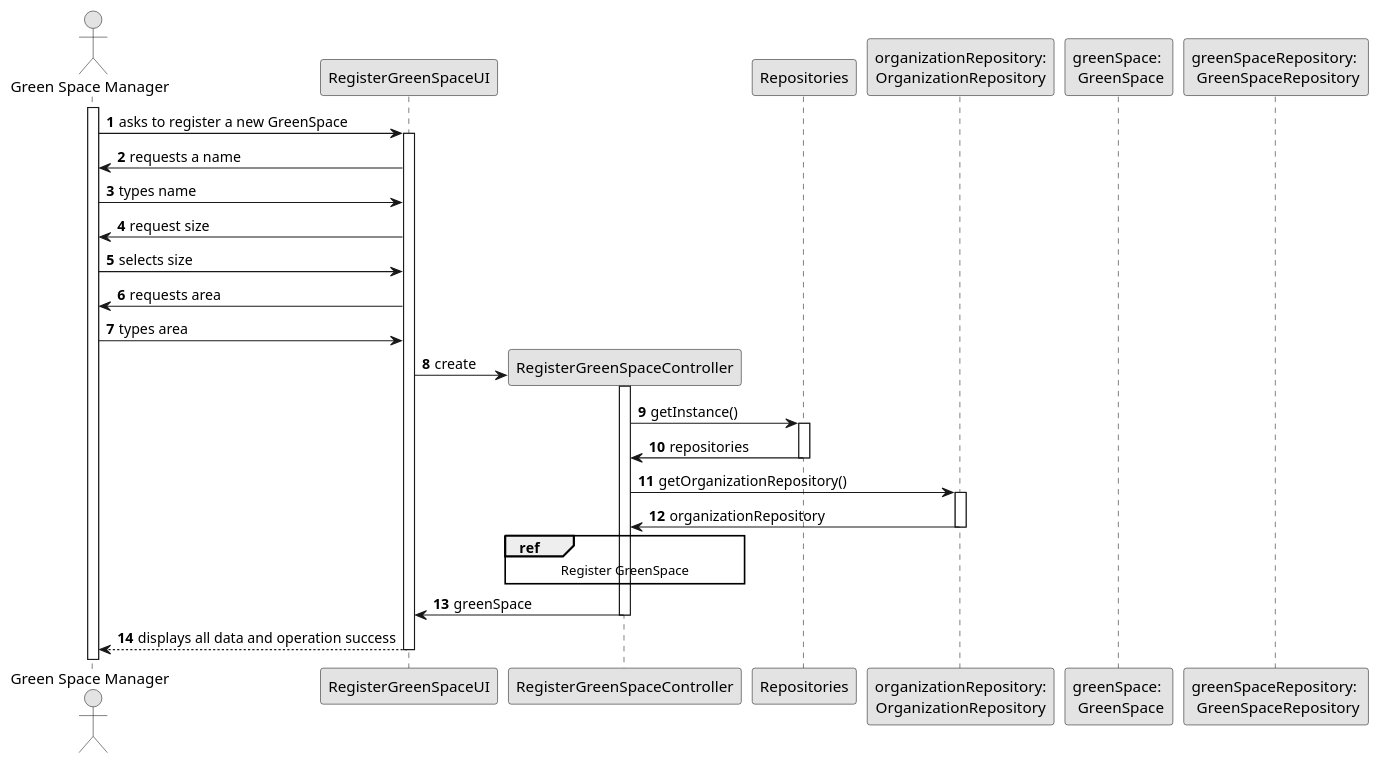
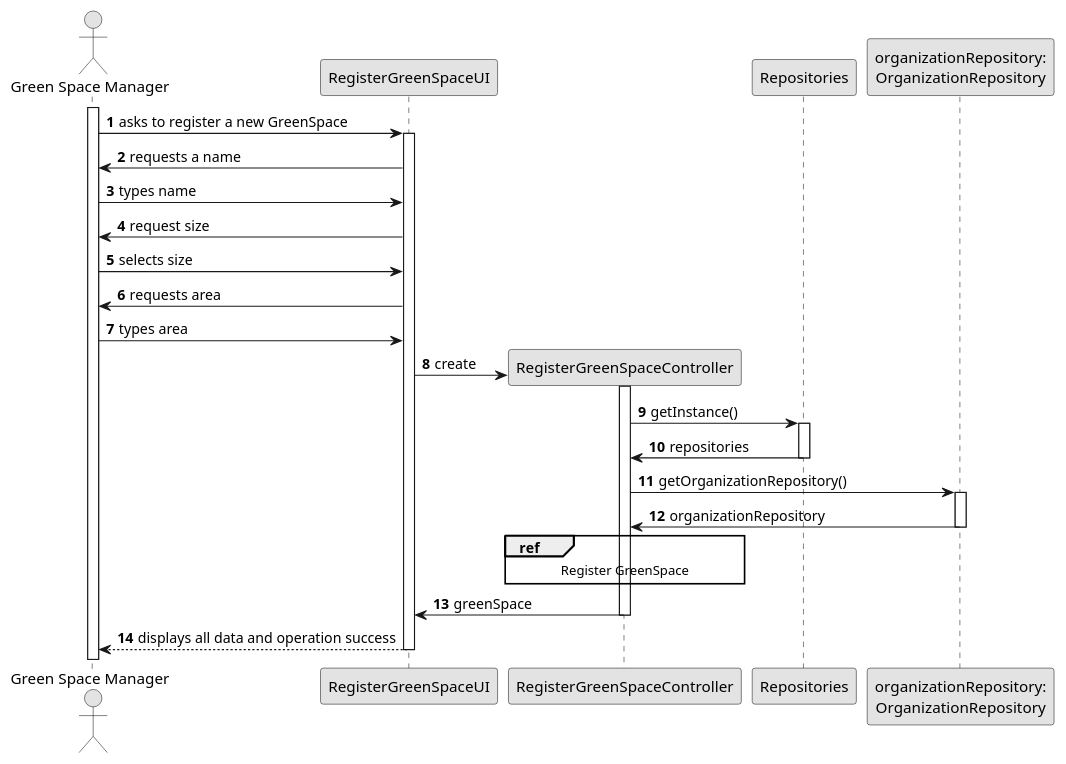
Before and after one commit to Departamento-de-Engenharia-Informatica/lei-24-s2-1df-1de-g063: the diagram in docs/SprintC/us020/03.design/puml/us020-sequence-diagram-split.puml, drawn with PlantUML. The commit also changed 19 other files, not shown here.

```diff
--- a/docs/SprintC/us020/03.design/puml/us020-sequence-diagram-split.puml
+++ b/docs/SprintC/us020/03.design/puml/us020-sequence-diagram-split.puml
@@ -1,60 +1,58 @@
 @startuml
 skinparam monochrome true
 skinparam packageStyle rectangle
 skinparam shadowing false
 
 autonumber
 
 'hide footbox
 actor "Green Space Manager" as GSM
 participant "RegisterGreenSpaceUI" as UI
 participant "RegisterGreenSpaceController" as CTRL
 participant "Repositories" as Rep
 participant "organizationRepository:\nOrganizationRepository" as organizationRepository
-participant "greenSpace: \n GreenSpace" as GreenSpace
-participant "greenSpaceRepository: \n GreenSpaceRepository" as GreenSpaceRep
 
 activate GSM
 
      GSM -> UI : asks to register a new GreenSpace
 
      activate UI
 
             UI -> GSM : requests a name
             GSM -> UI : types name
             UI -> GSM : request size
             GSM -> UI : selects size
             UI -> GSM : requests area
             GSM -> UI : types area
             UI -> CTRL** : create
 
 
      activate CTRL
 
             CTRL -> Rep : getInstance()
 
      activate Rep
 
             Rep -> CTRL : repositories
 
      deactivate Rep
 
             CTRL -> organizationRepository : getOrganizationRepository()
 
      activate organizationRepository
 
             organizationRepository -> CTRL : organizationRepository
 
      deactivate organizationRepository
 
             ref over CTRL
                                         Register GreenSpace
                                     end
            CTRL -> UI : greenSpace
      deactivate CTRL
 
      UI --> GSM : displays all data and operation success
 
      deactivate UI
 
 @enduml
```
